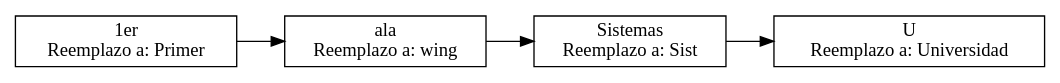
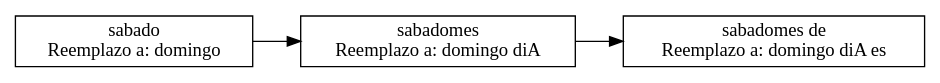
One commit to RonaldOrdonez/EDD_1S2020_P1_201314564 changed the diagram in listaPalabrasReemplazadas.dot. Above: the diagram before and after it, drawn with Graphviz. The commit also changed 24 other files, not shown here.

```diff
--- a/listaPalabrasReemplazadas.dot
+++ b/listaPalabrasReemplazadas.dot
@@ -1,11 +1,9 @@
 digraph listaPalabrasReemplazadas{ 
 rankdir=LR; 
 node[shape=record]; 
-node0[label="1er\nReemplazo a: Primer"]; 
+node0[label=" sabado\nReemplazo a:  domingo"]; 
 node0->node1; 
-node1[label="ala\nReemplazo a: wing"]; 
+node1[label=" sabadomes\nReemplazo a:  domingo diA"]; 
 node1->node2; 
-node2[label="Sistemas\nReemplazo a: Sist"]; 
-node2->node3; 
-node3[label="U\nReemplazo a: Universidad"]; 
+node2[label=" sabadomes de\nReemplazo a:  domingo diA es"]; 
 }
```
